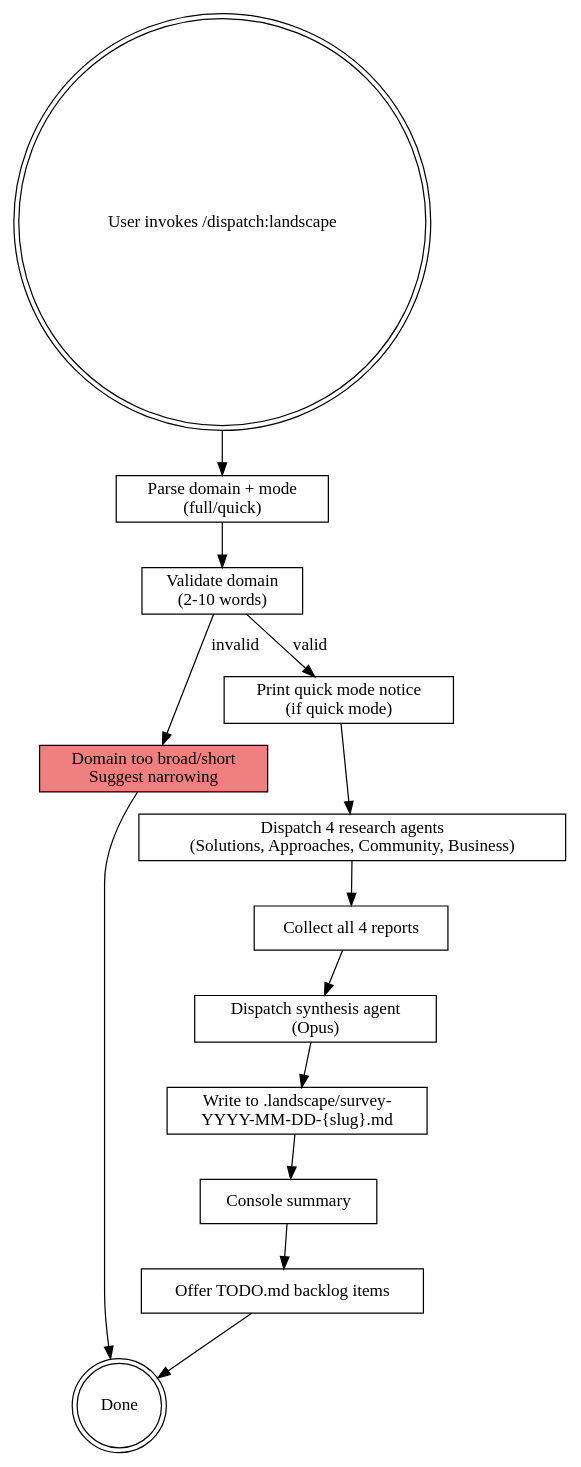
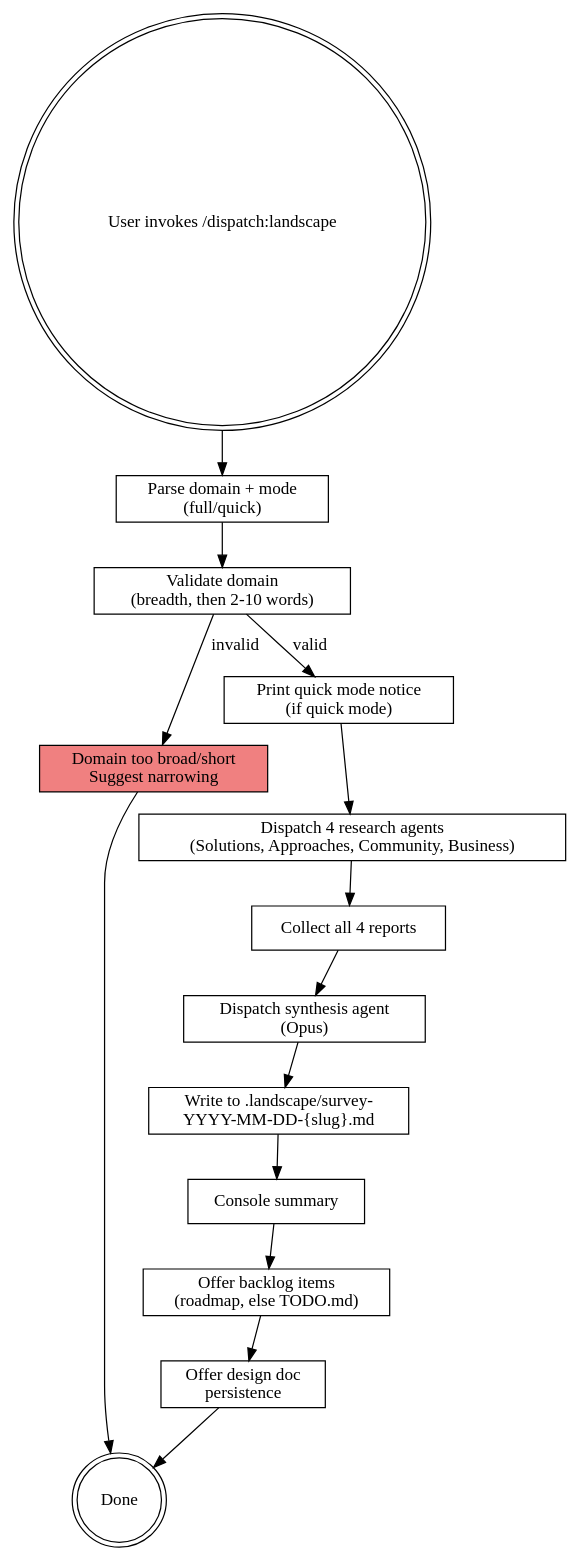
Before and after one commit to KwanwooLee36/dispatch: the diagram in skills/landscape/SKILL.md, drawn with Graphviz. The commit also changed other lines of this file and 9 other files, not shown here.

````diff
--- a/skills/landscape/SKILL.md
+++ b/skills/landscape/SKILL.md
@@ -311,32 +315,34 @@
 ```dot
 digraph landscape_flow {
     rankdir=TB;
     node [shape=box];
 
     start [label="User invokes /dispatch:landscape" shape=doublecircle];
     parse [label="Parse domain + mode\n(full/quick)"];
-    validate [label="Validate domain\n(2-10 words)"];
+    validate [label="Validate domain\n(breadth, then 2-10 words)"];
     invalid [label="Domain too broad/short\nSuggest narrowing" shape=box style=filled fillcolor=lightcoral];
     notice [label="Print quick mode notice\n(if quick mode)"];
     dispatch [label="Dispatch 4 research agents\n(Solutions, Approaches, Community, Business)"];
     collect [label="Collect all 4 reports"];
     synthesis [label="Dispatch synthesis agent\n(Opus)"];
     write [label="Write to .landscape/survey-\nYYYY-MM-DD-{slug}.md"];
     summary [label="Console summary"];
-    backlog [label="Offer TODO.md backlog items"];
+    backlog [label="Offer backlog items\n(roadmap, else TODO.md)"];
+    offer [label="Offer design doc\npersistence"];
     end [label="Done" shape=doublecircle];
 
     start -> parse;
     parse -> validate;
     validate -> invalid [label="invalid"];
     invalid -> end;
     validate -> notice [label="valid"];
     notice -> dispatch;
     dispatch -> collect;
     collect -> synthesis;
     synthesis -> write;
     write -> summary;
     summary -> backlog;
-    backlog -> end;
+    backlog -> offer;
+    offer -> end;
 }
 ```
````
